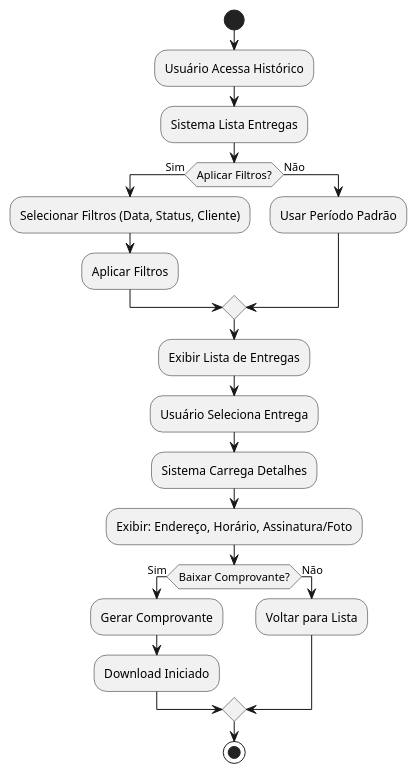
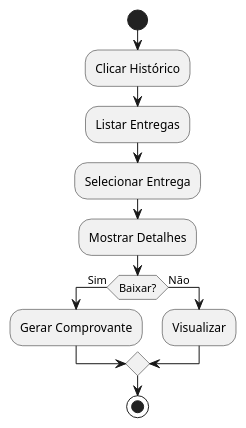
Before and after one commit to juliaovidio/Desenvolvimento-de-Sistemas-M-veis: the ninth of 10 diagrams in docs/documentacao_casoUso.md, drawn with PlantUML. The commit also changed other lines of this file, not shown here.

````diff
--- a/docs/documentacao_casoUso.md
+++ b/docs/documentacao_casoUso.md
@@ -476,24 +426,15 @@
 ```plantuml
-@startuml UC09_Consultar_Historico
+@startuml UC09
 start
-:Usuário Acessa Histórico;
-:Sistema Lista Entregas;
-if (Aplicar Filtros?) then (Sim)
-  :Selecionar Filtros (Data, Status, Cliente);
-  :Aplicar Filtros;
+:Clicar Histórico;
+:Listar Entregas;
+:Selecionar Entrega;
+:Mostrar Detalhes;
+if (Baixar?) then (Sim)
+  :Gerar Comprovante;
 else (Não)
-  :Usar Período Padrão;
-endif
-:Exibir Lista de Entregas;
-:Usuário Seleciona Entrega;
-:Sistema Carrega Detalhes;
-:Exibir: Endereço, Horário, Assinatura/Foto;
-if (Baixar Comprovante?) then (Sim)
-  :Gerar Comprovante;
-  :Download Iniciado;
-else (Não)
-  :Voltar para Lista;
+  :Visualizar;
 endif
 stop
 @enduml
 ```
````
